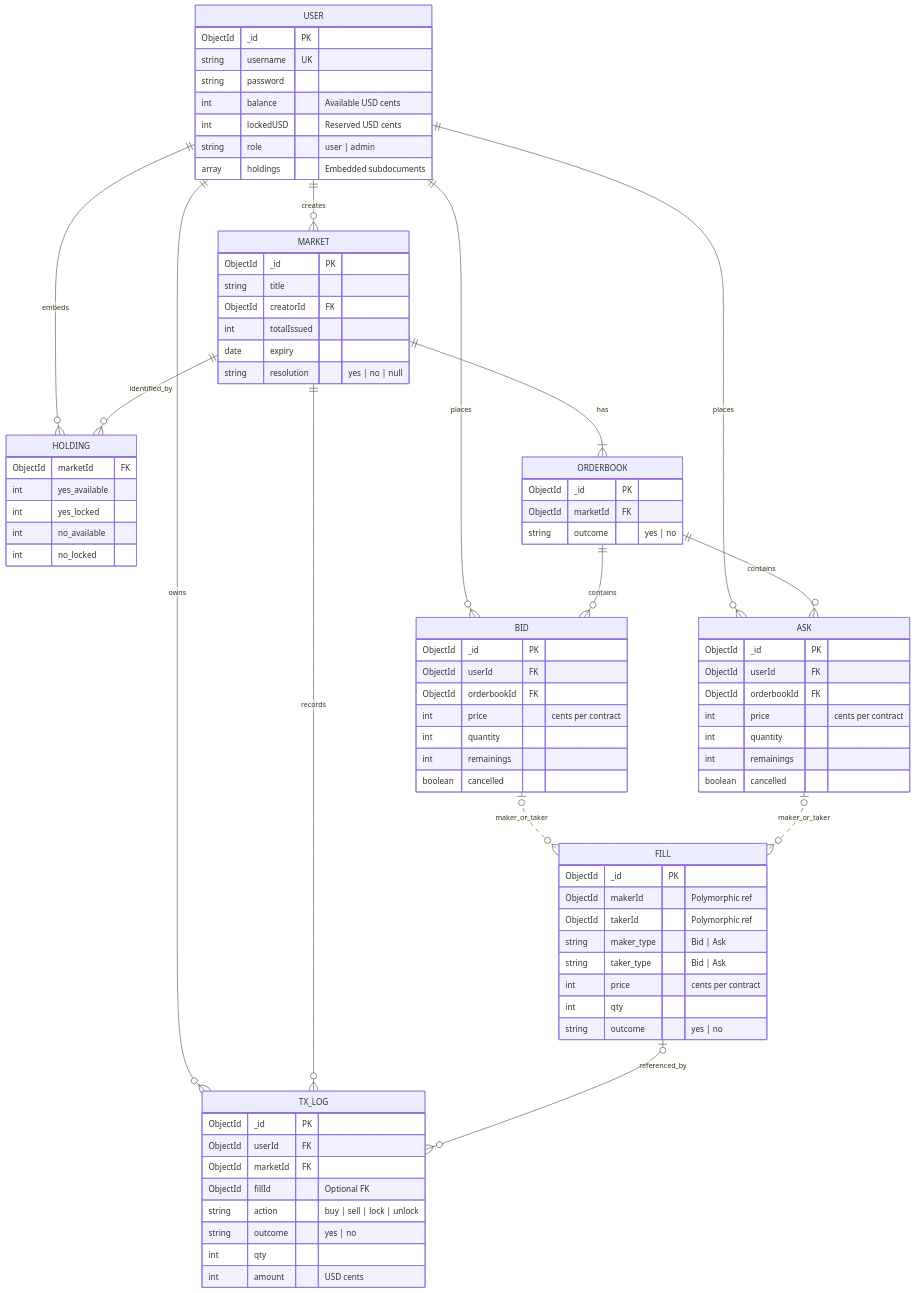
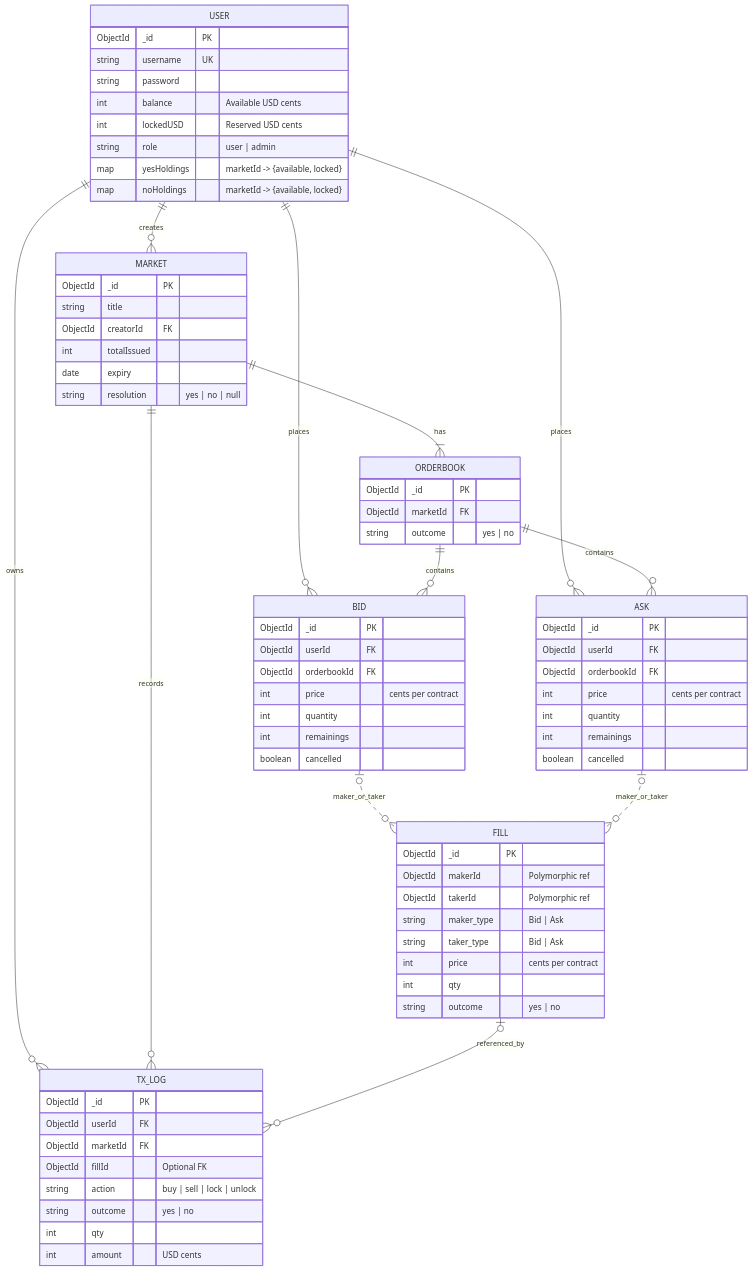
Before and after one commit to SaikatDeb12/mini-kalshi: the diagram in prediction_market_schema.md, drawn with Mermaid. The commit also changed other lines of this file, not shown here.

Commit message:
changes made in the dbschema.md

````diff
--- a/prediction_market_schema.md
+++ b/prediction_market_schema.md
@@ -13,15 +13,8 @@
         int balance "Available USD cents"
         int lockedUSD "Reserved USD cents"
         string role "user | admin"
-        array holdings "Embedded subdocuments"
-    }
-
-    HOLDING {
-        ObjectId marketId FK
-        int yes_available
-        int yes_locked
-        int no_available
-        int no_locked
+        map yesHoldings "marketId -> {available, locked}"
+        map noHoldings "marketId -> {available, locked}"
     }
 
     MARKET {
@@ -83,15 +76,17 @@
 
     USER ||--o{ MARKET : creates
     MARKET ||--|{ ORDERBOOK : has
+
     USER ||--o{ BID : places
     USER ||--o{ ASK : places
+
     ORDERBOOK ||--o{ BID : contains
     ORDERBOOK ||--o{ ASK : contains
-    USER ||--o{ HOLDING : embeds
-    MARKET ||--o{ HOLDING : identified_by
+
+    BID |o..o{ FILL : maker_or_taker
+    ASK |o..o{ FILL : maker_or_taker
+
     USER ||--o{ TX_LOG : owns
     MARKET ||--o{ TX_LOG : records
     FILL |o--o{ TX_LOG : referenced_by
-    BID |o..o{ FILL : maker_or_taker
-    ASK |o..o{ FILL : maker_or_taker
 ```
````
